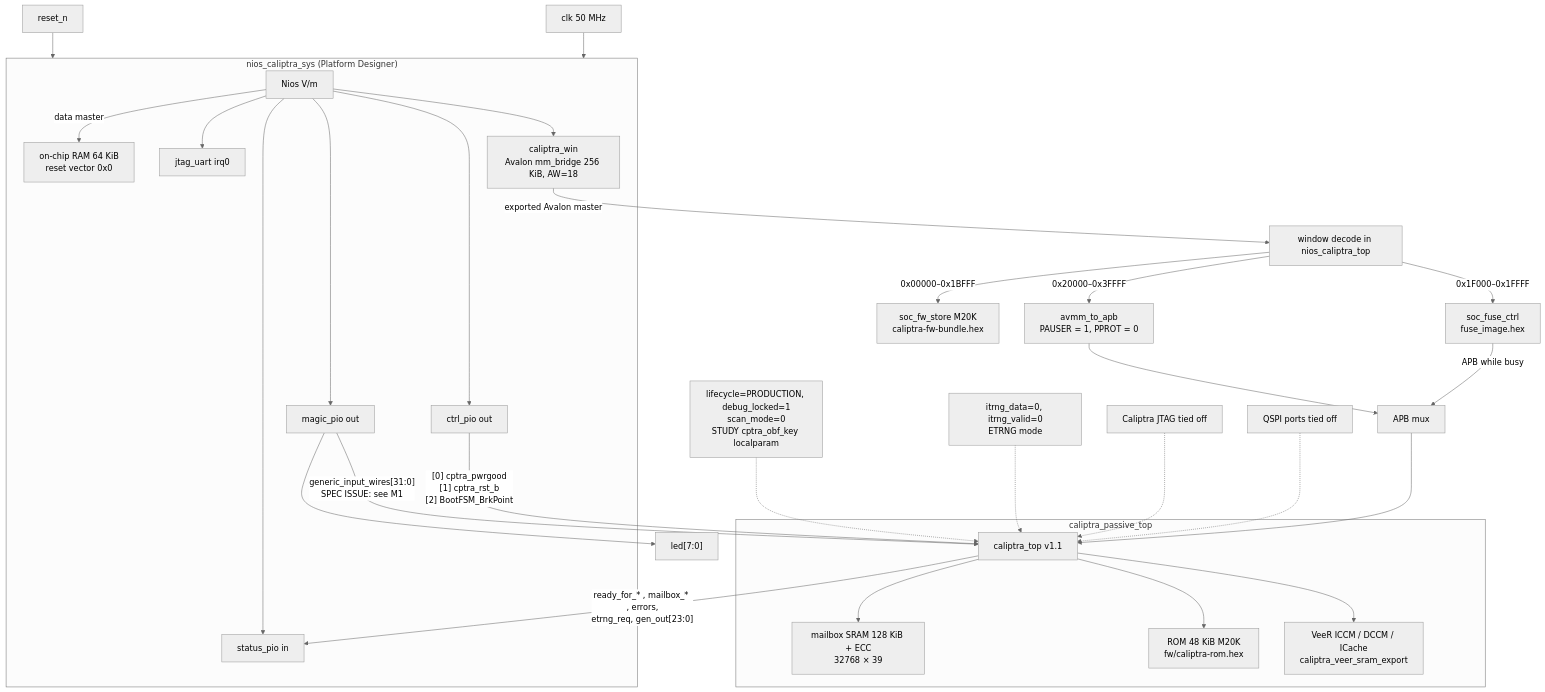
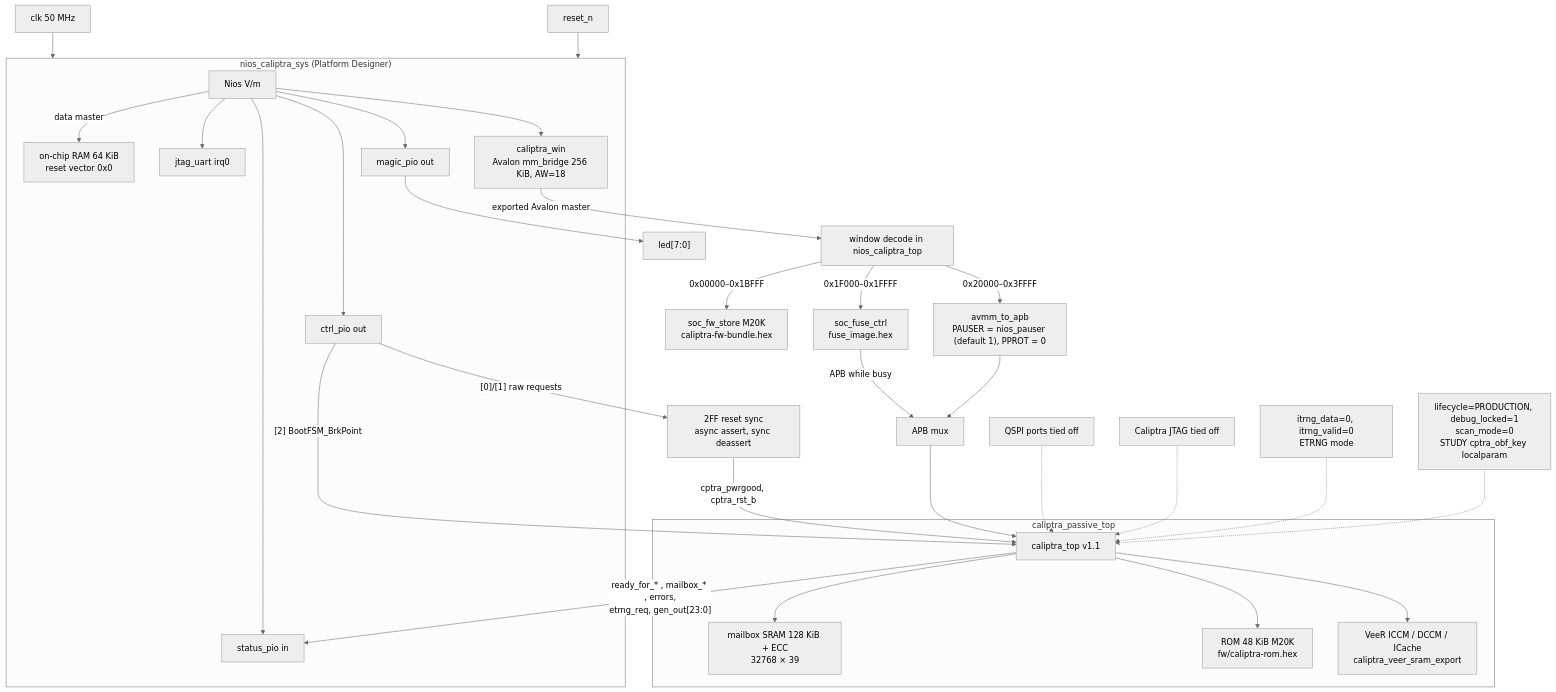
The first of 2 diagrams in docs/NIOS_CALIPTRA_INTEGRATION.md (wlkong2828/caliptra-a5e-quartus), drawn with Mermaid (neutral theme) before and after one commit. The commit also changed other lines of this file and 19 other files, not shown here.

````diff
--- a/docs/NIOS_CALIPTRA_INTEGRATION.md
+++ b/docs/NIOS_CALIPTRA_INTEGRATION.md
@@ -43,59 +56,60 @@
 ```mermaid
 flowchart TB
   clk["clk 50 MHz"]
   rstn["reset_n"]
   led["led[7:0]"]
 
   subgraph pd ["nios_caliptra_sys (Platform Designer)"]
     cpu["Nios V/m"]
     ram["on-chip RAM 64 KiB<br/>reset vector 0x0"]
     juart["jtag_uart irq0"]
     ctrl["ctrl_pio out"]
     stpio["status_pio in"]
     magic["magic_pio out"]
     win["caliptra_win<br/>Avalon mm_bridge 256 KiB, AW=18"]
     cpu -->|data master| ram
     cpu --> juart
     cpu --> ctrl
     cpu --> stpio
     cpu --> magic
     cpu --> win
   end
 
   clk --> pd
   rstn --> pd
   magic --> led
 
   win -->|"exported Avalon master"| dec["window decode in nios_caliptra_top"]
   dec -->|"0x00000–0x1BFFF"| fw["soc_fw_store M20K<br/>caliptra-fw-bundle.hex"]
   dec -->|"0x1F000–0x1FFFF"| fuse["soc_fuse_ctrl<br/>fuse_image.hex"]
-  dec -->|"0x20000–0x3FFFF"| br["avmm_to_apb<br/>PAUSER = 1, PPROT = 0"]
+  dec -->|"0x20000–0x3FFFF"| br["avmm_to_apb<br/>PAUSER = nios_pauser (default 1), PPROT = 0"]
 
   fuse -->|"APB while busy"| mux["APB mux"]
   br --> mux
 
-  ctrl -->|"[0] cptra_pwrgood<br/>[1] cptra_rst_b<br/>[2] BootFSM_BrkPoint"| ctop
+  ctrl -->|"[0]/[1] raw requests"| sync["2FF reset sync<br/>async assert, sync deassert"]
+  sync -->|"cptra_pwrgood, cptra_rst_b"| ctop
+  ctrl -->|"[2] BootFSM_BrkPoint"| ctop
   mux --> ctop
-  magic -->|"generic_input_wires[31:0]<br/>SPEC ISSUE: see M1"| ctop
 
   subgraph wrap ["caliptra_passive_top"]
     ctop["caliptra_top v1.1"]
     msram["mailbox SRAM 128 KiB + ECC<br/>32768 × 39"]
     rom["ROM 48 KiB M20K<br/>fw/caliptra-rom.hex"]
     veer["VeeR ICCM / DCCM / ICache<br/>caliptra_veer_sram_export"]
     ctop --> msram
     ctop --> rom
     ctop --> veer
   end
 
   ctop -->|"ready_for_* , mailbox_* , errors,<br/>etrng_req, gen_out[23:0]"| stpio
 
   qspi["QSPI ports tied off"]
   jtag["Caliptra JTAG tied off"]
   itrng["itrng_data=0, itrng_valid=0<br/>ETRNG mode"]
   straps["lifecycle=PRODUCTION, debug_locked=1<br/>scan_mode=0<br/>STUDY cptra_obf_key localparam"]
   qspi -.-> ctop
   jtag -.-> ctop
   itrng -.-> ctop
   straps -.-> ctop
 ```
````
